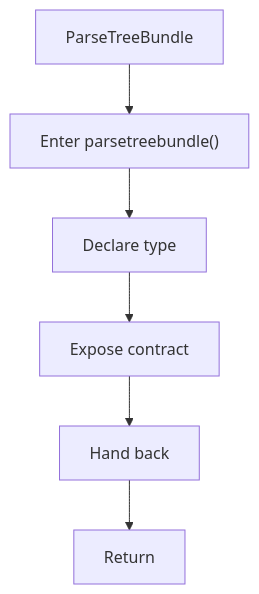
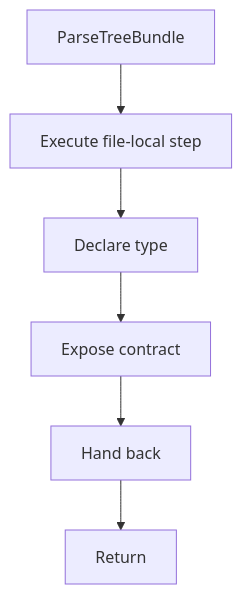
One commit to JohnAndrewBalbarosa/NeoTerritory changed the diagram in docs/Codebase/Microservice/Modules/Header/SyntacticBrokenAST/Trees/Actual/Flow/functions/parsetreebundle.hpp.md. Above: the diagram before and after it, drawn with Mermaid. The commit also changed other lines of this file and 925 other files, not shown here.

````diff
--- a/docs/Codebase/Microservice/Modules/Header/SyntacticBrokenAST/Trees/Actual/Flow/functions/parsetreebundle.hpp.md
+++ b/docs/Codebase/Microservice/Modules/Header/SyntacticBrokenAST/Trees/Actual/Flow/functions/parsetreebundle.hpp.md
@@ -16,14 +16,14 @@
 ```mermaid
 flowchart TD
     Start["ParseTreeBundle"]
-    N0["Enter parsetreebundle()"]
+    N0["Execute file-local step"]
     N1["Declare type"]
     N2["Expose contract"]
     N3["Hand back"]
     End["Return"]
     Start --> N0
     N0 --> N1
     N1 --> N2
     N2 --> N3
     N3 --> End
 ```
````
